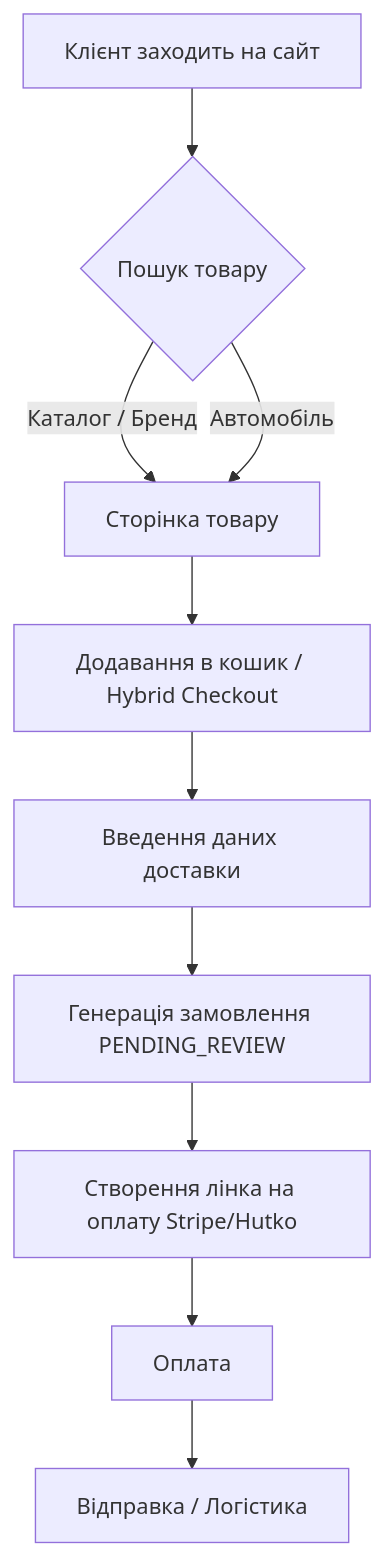
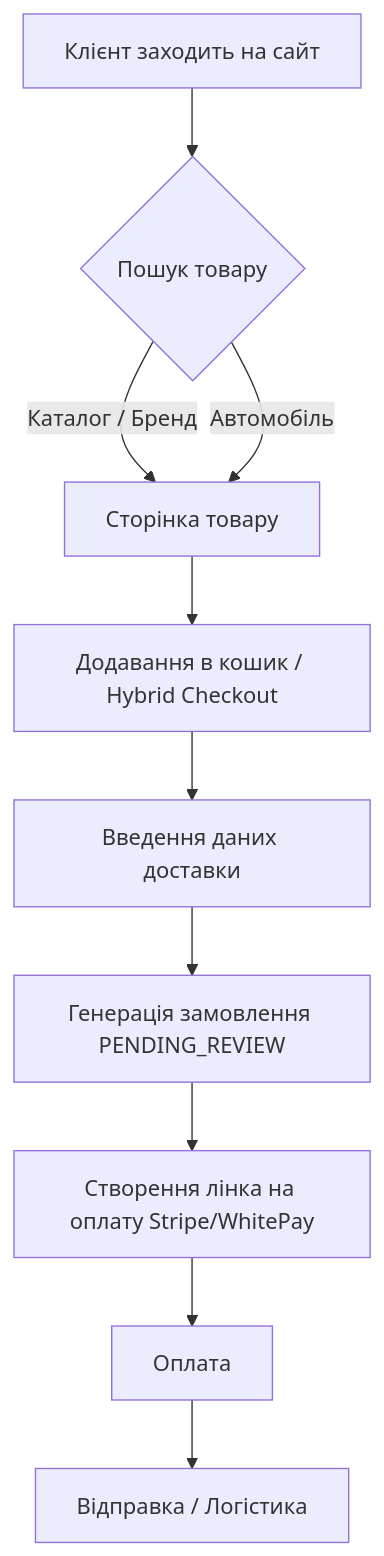
One commit to SASCYT9/OneCompany changed the diagram in wiki/Shop Overview.md. Above: the diagram before and after it, drawn with Mermaid. The commit also changed other lines of this file and 51 other files, not shown here.

Commit message:
chore: remove Hutko integration entirely — replaced by WhitePay Fiat

````diff
--- a/wiki/Shop Overview.md
+++ b/wiki/Shop Overview.md
@@ -15,12 +15,12 @@
 ```mermaid
 graph TD
     A[Клієнт заходить на сайт] --> B{Пошук товару}
     B -->|Каталог / Бренд| C[Сторінка товару]
     B -->|Автомобіль| C
     C --> D[Додавання в кошик / Hybrid Checkout]
     D --> E[Введення даних доставки]
     E --> F[Генерація замовлення PENDING_REVIEW]
-    F --> G[Створення лінка на оплату Stripe/Hutko]
+    F --> G[Створення лінка на оплату Stripe/WhitePay]
     G --> H[Оплата]
     H --> I[Відправка / Логістика]
 ```
````
